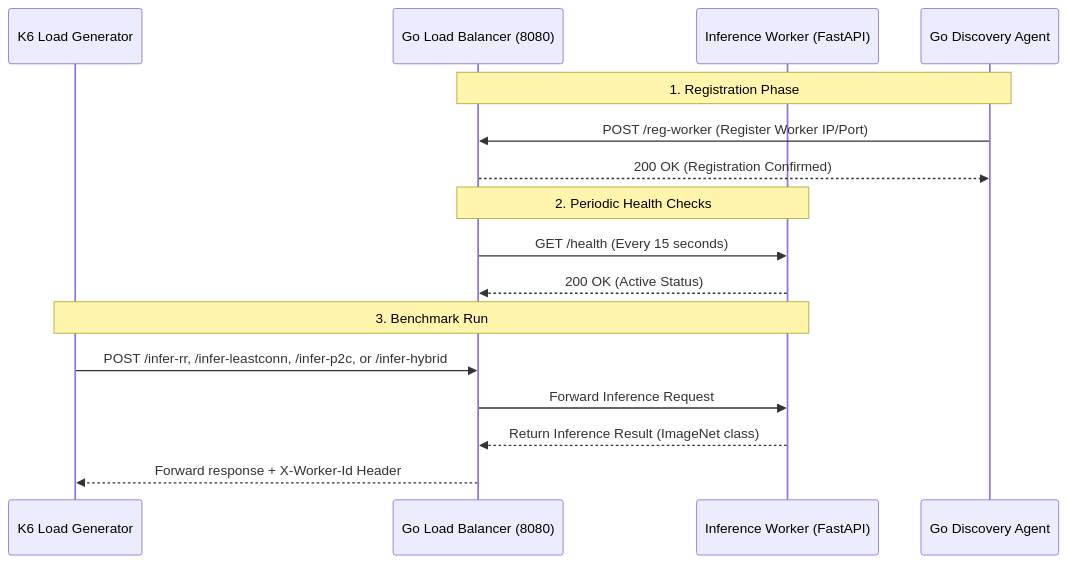
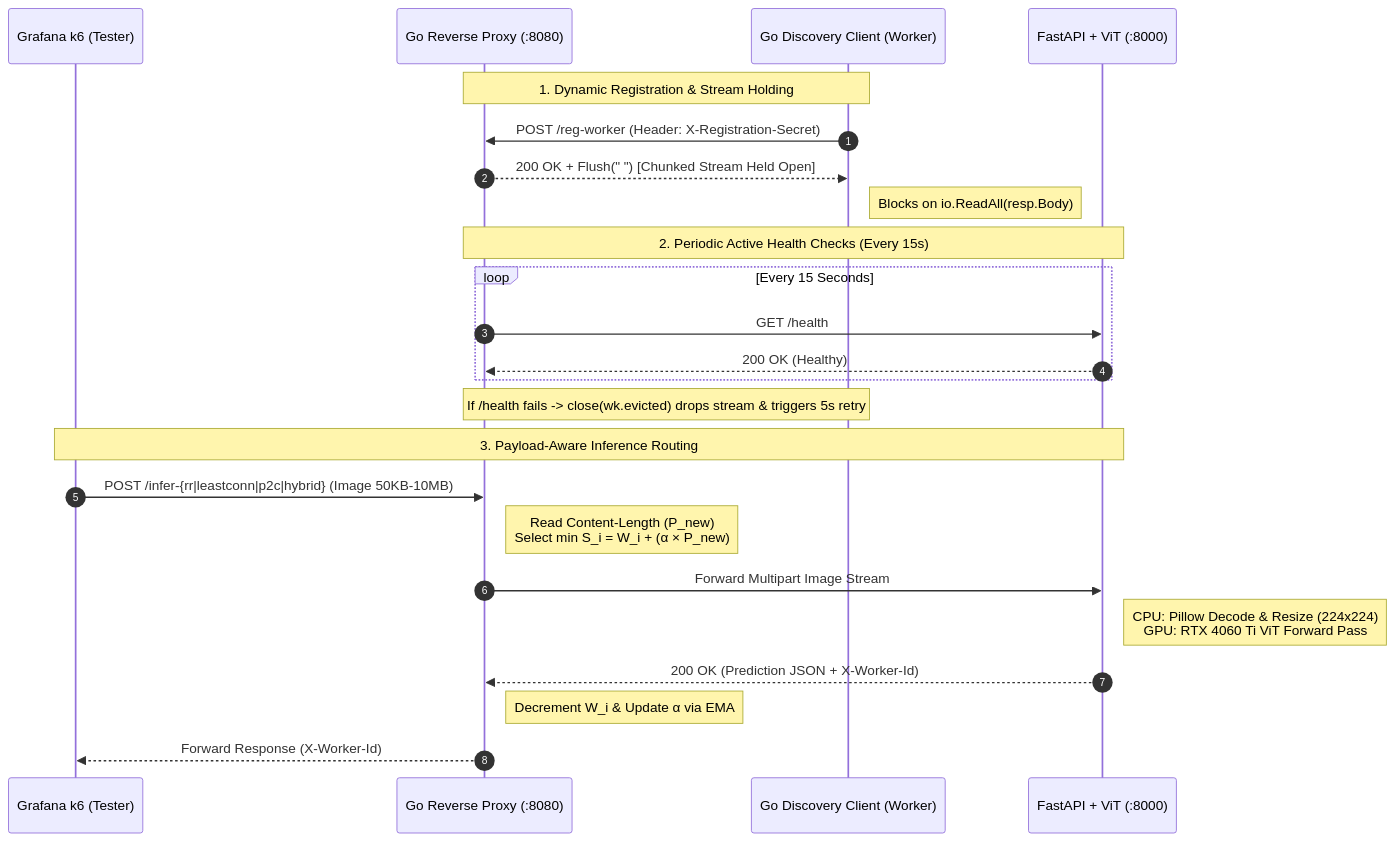
Before and after one commit to mazksr/nn-scheduling: the diagram in README.md, drawn with Mermaid.

````diff
--- a/README.md
+++ b/README.md
@@ -9,24 +9,29 @@
 ```mermaid
 sequenceDiagram
-    participant Client as K6 Load Generator
-    participant LB as Go Load Balancer (8080)
-    participant Worker as Inference Worker (FastAPI)
-    participant Agent as Go Discovery Agent
+    autonumber
+    participant Client as Grafana k6 (Tester)
+    participant LB as Go Reverse Proxy (:8080)
+    participant Agent as Go Discovery Client (Worker)
+    participant Worker as FastAPI + ViT (:8000)
 
-    %% Registration Flow
-    Note over LB, Agent: 1. Registration Phase
-    Agent->>LB: POST /reg-worker (Register Worker IP/Port)
-    LB-->>Agent: 200 OK (Registration Confirmed)
-    
-    %% Health Check Flow
-    Note over LB, Worker: 2. Periodic Health Checks
-    LB->>Worker: GET /health (Every 15 seconds)
-    Worker-->>LB: 200 OK (Active Status)
+    Note over LB, Agent: 1. Dynamic Registration & Stream Holding
+    Agent->>LB: POST /reg-worker (Header: X-Registration-Secret)
+    LB-->>Agent: 200 OK + Flush(" ") [Chunked Stream Held Open]
+    Note right of Agent: Blocks on io.ReadAll(resp.Body)
 
-    %% Request/Inference Flow
-    Note over Client, Worker: 3. Benchmark Run
-    Client->>LB: POST /infer-rr, /infer-leastconn, /infer-p2c, or /infer-hybrid
-    LB->>Worker: Forward Inference Request
-    Worker-->>LB: Return Inference Result (ImageNet class)
-    LB-->>Client: Forward response + X-Worker-Id Header
+    Note over LB, Worker: 2. Periodic Active Health Checks (Every 15s)
+    loop Every 15 Seconds
+        LB->>Worker: GET /health
+        Worker-->>LB: 200 OK (Healthy)
+    end
+    Note over LB, Agent: If /health fails -> close(wk.evicted) drops stream & triggers 5s retry
+
+    Note over Client, Worker: 3. Payload-Aware Inference Routing
+    Client->>LB: POST /infer-{rr|leastconn|p2c|hybrid} (Image 50KB-10MB)
+    Note right of LB: Read Content-Length (P_new)<br/>Select min S_i = W_i + (α × P_new)
+    LB->>Worker: Forward Multipart Image Stream
+    Note right of Worker: CPU: Pillow Decode & Resize (224x224)<br/>GPU: RTX 4060 Ti ViT Forward Pass
+    Worker-->>LB: 200 OK (Prediction JSON + X-Worker-Id)
+    Note right of LB: Decrement W_i & Update α via EMA
+    LB-->>Client: Forward Response (X-Worker-Id)
 ```
````
